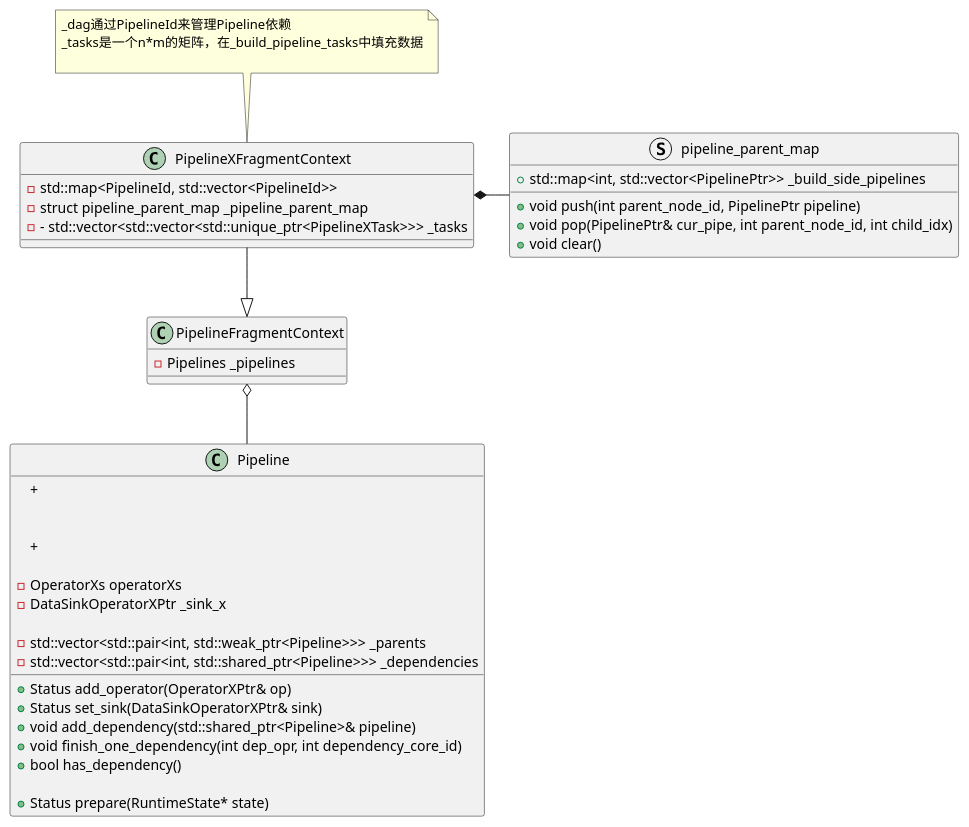
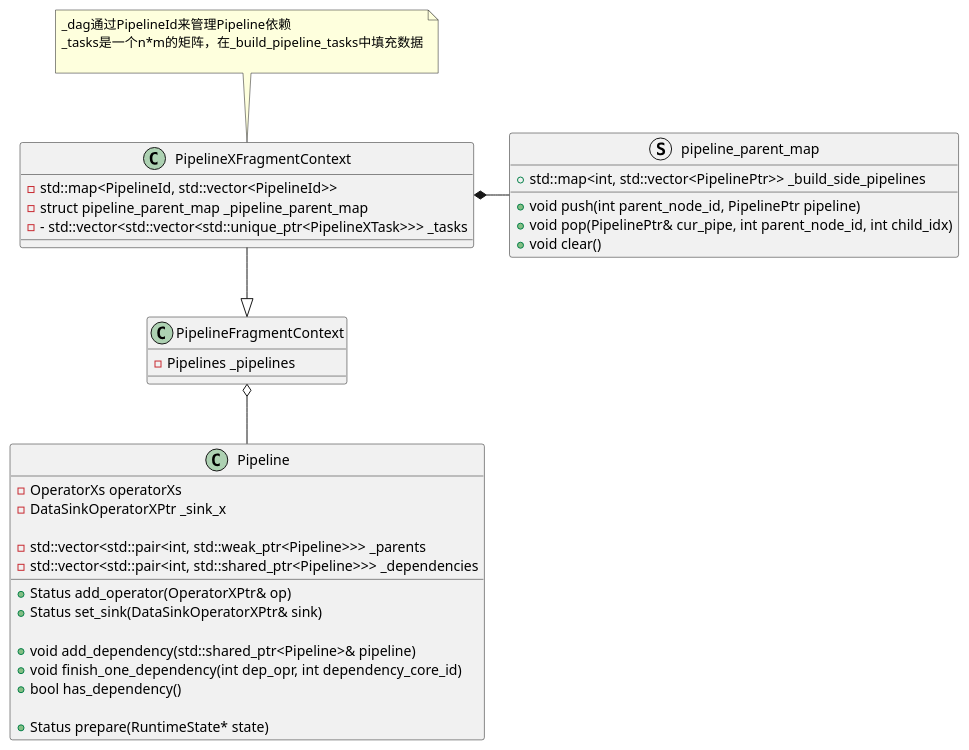
The second of 3 diagrams in doc/DB/Doris/SourceRead/13_00_Exec_PipelineX.md (DepInjoy/geektime), drawn with PlantUML before and after one commit. The commit also changed other lines of this file, not shown here.

````diff
--- a/doc/DB/Doris/SourceRead/13_00_Exec_PipelineX.md
+++ b/doc/DB/Doris/SourceRead/13_00_Exec_PipelineX.md
@@ -53,44 +66,42 @@
 ```plantuml
 @startuml
 class PipelineXFragmentContext {
     - std::map<PipelineId, std::vector<PipelineId>> 
     - struct pipeline_parent_map _pipeline_parent_map
     - - std::vector<std::vector<std::unique_ptr<PipelineXTask>>> _tasks
 }
 note top :  _dag通过PipelineId来管理Pipeline依赖\n_tasks是一个n*m的矩阵，在_build_pipeline_tasks中填充数据\n
 
 class PipelineFragmentContext {
     - Pipelines _pipelines
 }
 
 struct pipeline_parent_map {
     + std::map<int, std::vector<PipelinePtr>> _build_side_pipelines
     + void push(int parent_node_id, PipelinePtr pipeline)
     + void pop(PipelinePtr& cur_pipe, int parent_node_id, int child_idx)
     + void clear()
 }
 
 class Pipeline {
     + Status add_operator(OperatorXPtr& op)
     + Status set_sink(DataSinkOperatorXPtr& sink)
-    + 
 
     + void add_dependency(std::shared_ptr<Pipeline>& pipeline)
     + void finish_one_dependency(int dep_opr, int dependency_core_id)
     + bool has_dependency()
 
     + Status prepare(RuntimeState* state)
-    + 
 
     - OperatorXs operatorXs
     - DataSinkOperatorXPtr _sink_x
 
     - std::vector<std::pair<int, std::weak_ptr<Pipeline>>> _parents
     - std::vector<std::pair<int, std::shared_ptr<Pipeline>>> _dependencies
 }
 
 PipelineXFragmentContext -down-|> PipelineFragmentContext
 pipeline_parent_map -left-* PipelineXFragmentContext
 Pipeline -up-o PipelineFragmentContext
 @enduml
 ```
````
